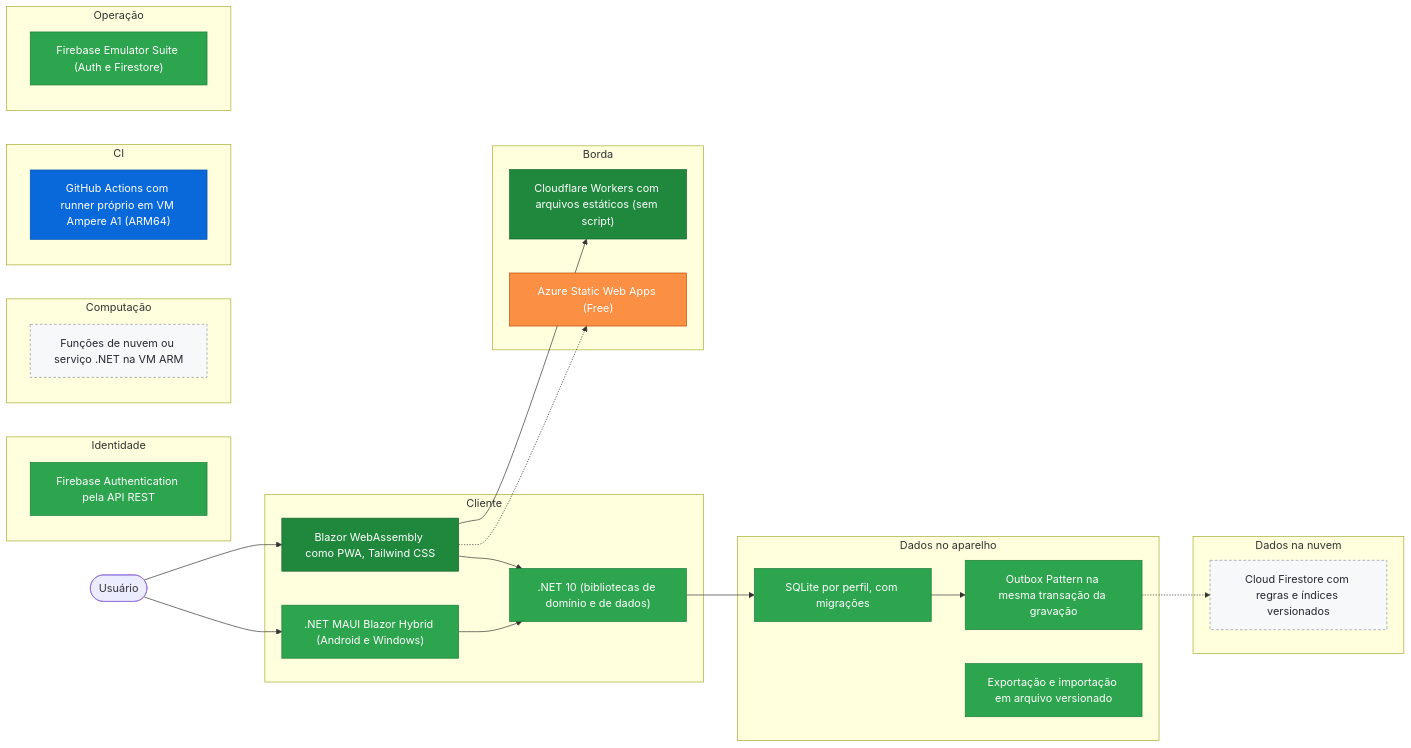
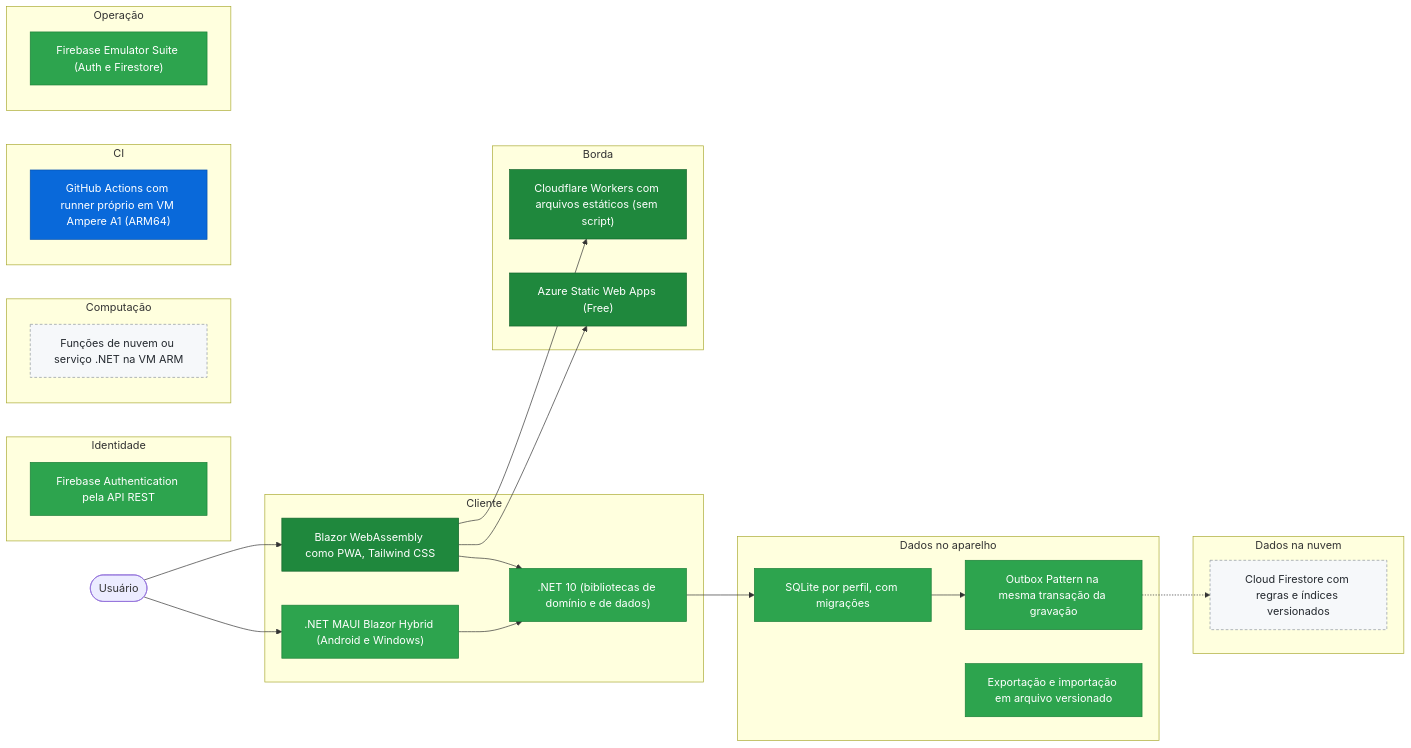
Before and after one commit to Marckxp/Multi-Cloud-SaaS-Architecture-High-Availability-FinOps: the diagram in README.md, drawn with Mermaid. The commit also changed other lines of this file and 3 other files, not shown here.

````diff
--- a/README.md
+++ b/README.md
@@ -29,48 +29,48 @@
 ```mermaid
 flowchart LR
   usuario(["Usuário"])
   subgraph c_cliente["Cliente"]
     nucleo[".NET 10 (bibliotecas de domínio e de dados)"]:::implementado
     app_nativo[".NET MAUI Blazor Hybrid (Android e Windows)"]:::implementado
     app_web["Blazor WebAssembly como PWA, Tailwind CSS"]:::publicado
   end
   subgraph c_dados_locais["Dados no aparelho"]
     banco_local["SQLite por perfil, com migrações"]:::implementado
     outbox["Outbox Pattern na mesma transação da gravação"]:::implementado
     backup_arquivo["Exportação e importação em arquivo versionado"]:::implementado
   end
   subgraph c_borda["Borda"]
     borda_cloudflare["Cloudflare Workers com arquivos estáticos (sem script)"]:::publicado
-    borda_azure["Azure Static Web Apps (Free)"]:::reserva
+    borda_azure["Azure Static Web Apps (Free)"]:::publicado
   end
   subgraph c_identidade["Identidade"]
     identidade["Firebase Authentication pela API REST"]:::implementado
   end
   subgraph c_dados_nuvem["Dados na nuvem"]
     firestore["Cloud Firestore com regras e índices versionados"]:::planejado
   end
   subgraph c_computacao["Computação"]
     servidor_minimo["Funções de nuvem ou serviço .NET na VM ARM"]:::planejado
   end
   subgraph c_ci["CI"]
     runner_arm["GitHub Actions com runner próprio em VM Ampere A1 (ARM64)"]:::avaliado
   end
   subgraph c_operacao["Operação"]
     emuladores["Firebase Emulator Suite (Auth e Firestore)"]:::implementado
   end
   usuario --> app_nativo & app_web
   nucleo --> banco_local
   app_nativo --> nucleo
   app_web --> nucleo
   app_web --> borda_cloudflare
-  app_web -.-> borda_azure
+  app_web --> borda_azure
   banco_local --> outbox
   outbox -.-> firestore
   classDef publicado fill:#1f883d,color:#fff,stroke:#116329
   classDef implementado fill:#2da44e,color:#fff,stroke:#1a7f37
   classDef em_teste fill:#bf8700,color:#fff,stroke:#9a6700
   classDef avaliado fill:#0969da,color:#fff,stroke:#0550ae
   classDef planejado fill:#f6f8fa,color:#24292f,stroke:#8c959f,stroke-dasharray:4 3
   classDef reserva fill:#fb8f44,color:#fff,stroke:#bc4c00
   classDef legado fill:#6e7781,color:#fff,stroke:#57606a
 ```
````
